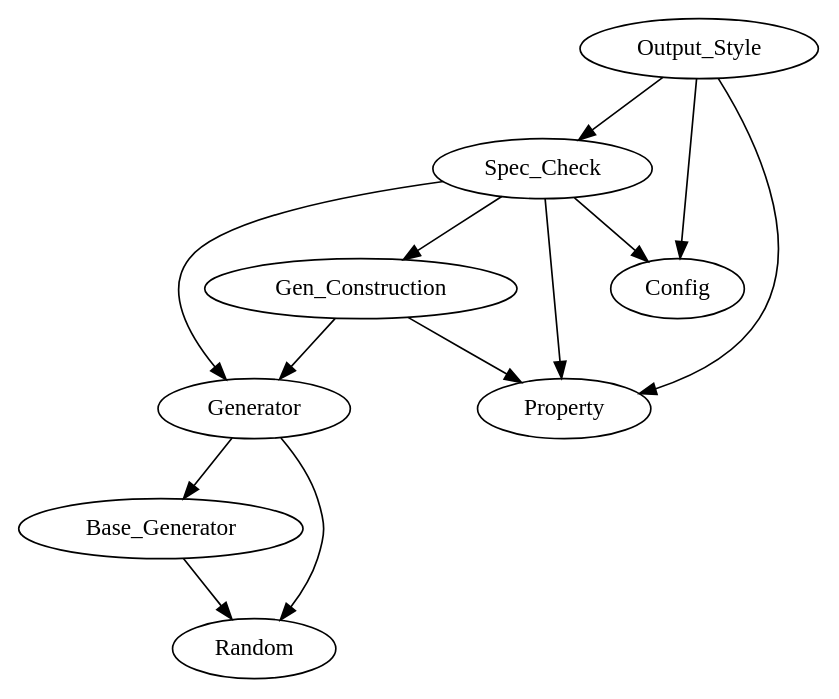
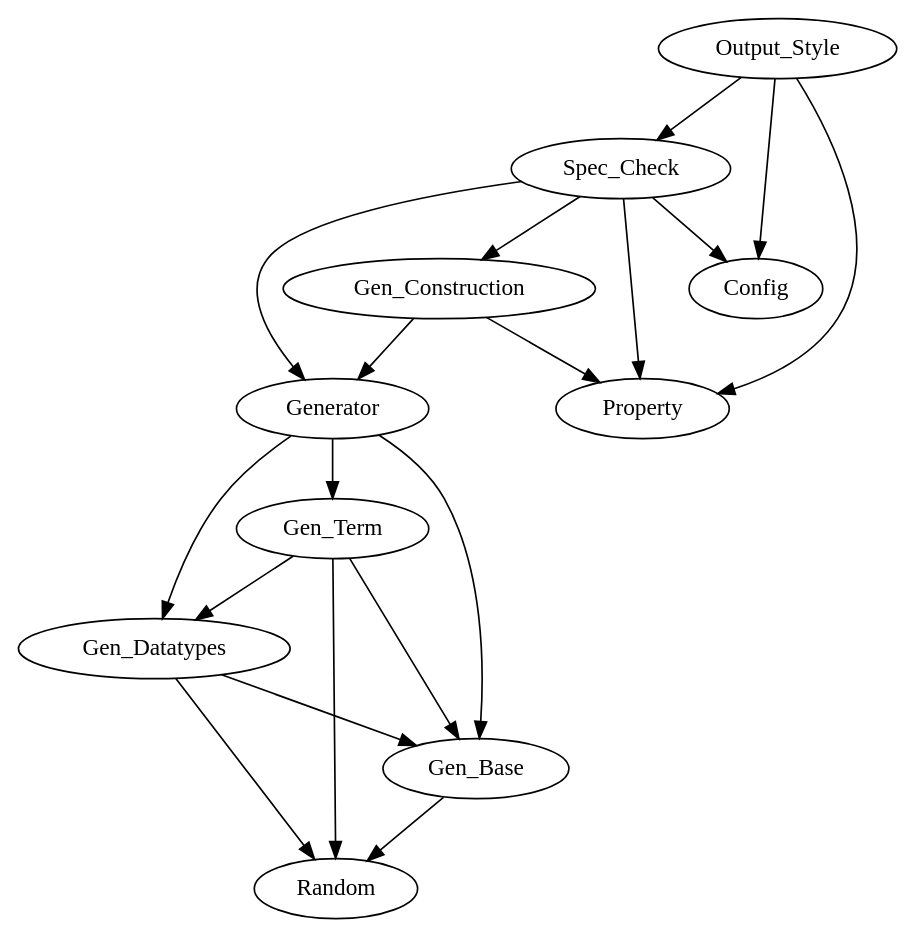
One commit to Willenbrink/bachelorthesis changed the diagram in src/Spec_Check/dependencies.dot. Above: the diagram before and after it, drawn with Graphviz. The commit also changed 8 other files, not shown here.

```diff
--- a/src/Spec_Check/dependencies.dot
+++ b/src/Spec_Check/dependencies.dot
@@ -1,14 +1,20 @@
 digraph G {
-        Base_Generator -> Random
-        Generator -> Base_Generator
-        Generator -> Random
+        Gen_Base -> Random
+        Gen_Datatypes -> Random
+        Gen_Datatypes -> Gen_Base
+        Gen_Term -> Random
+        Gen_Term -> Gen_Base
+        Gen_Term -> Gen_Datatypes
+        Generator -> Gen_Base
+        Generator -> Gen_Datatypes
+        Generator -> Gen_Term
         Spec_Check -> Property
         Spec_Check -> Config
         Spec_Check -> Generator
         Spec_Check -> Gen_Construction
         Gen_Construction -> Generator
         Gen_Construction -> Property
         Output_Style -> Property
         Output_Style -> Spec_Check
         Output_Style -> Config
 }
```
